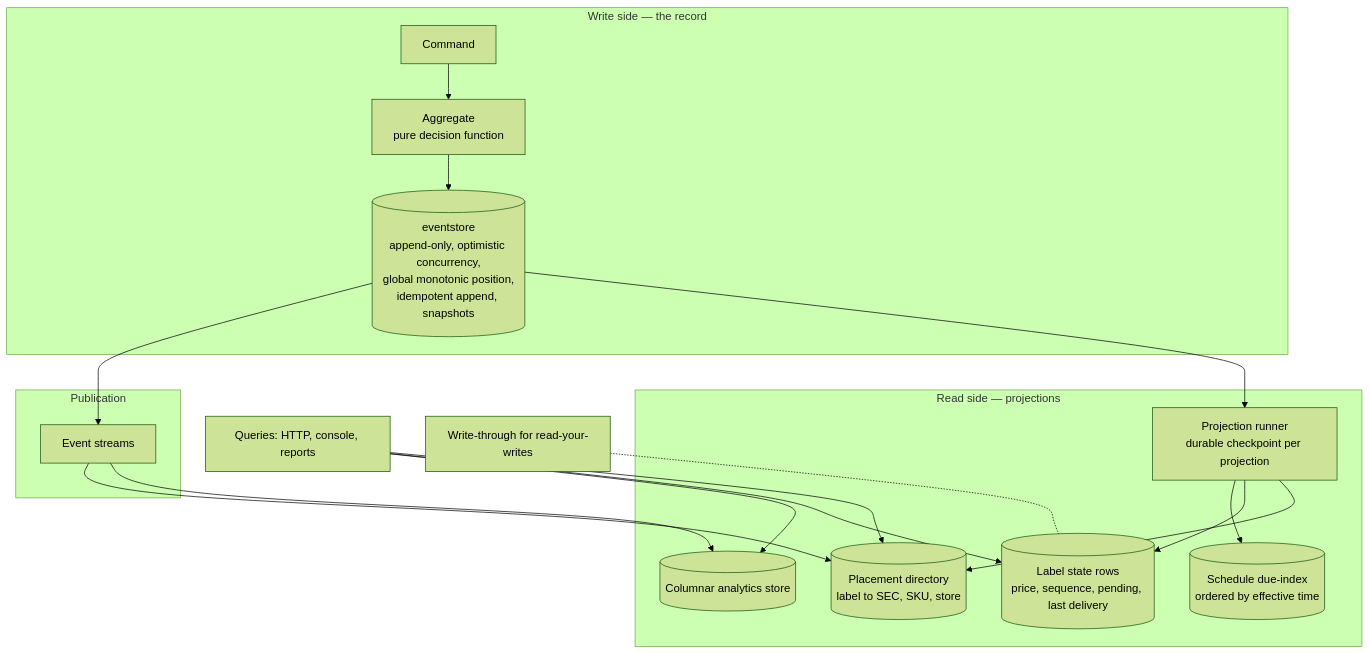
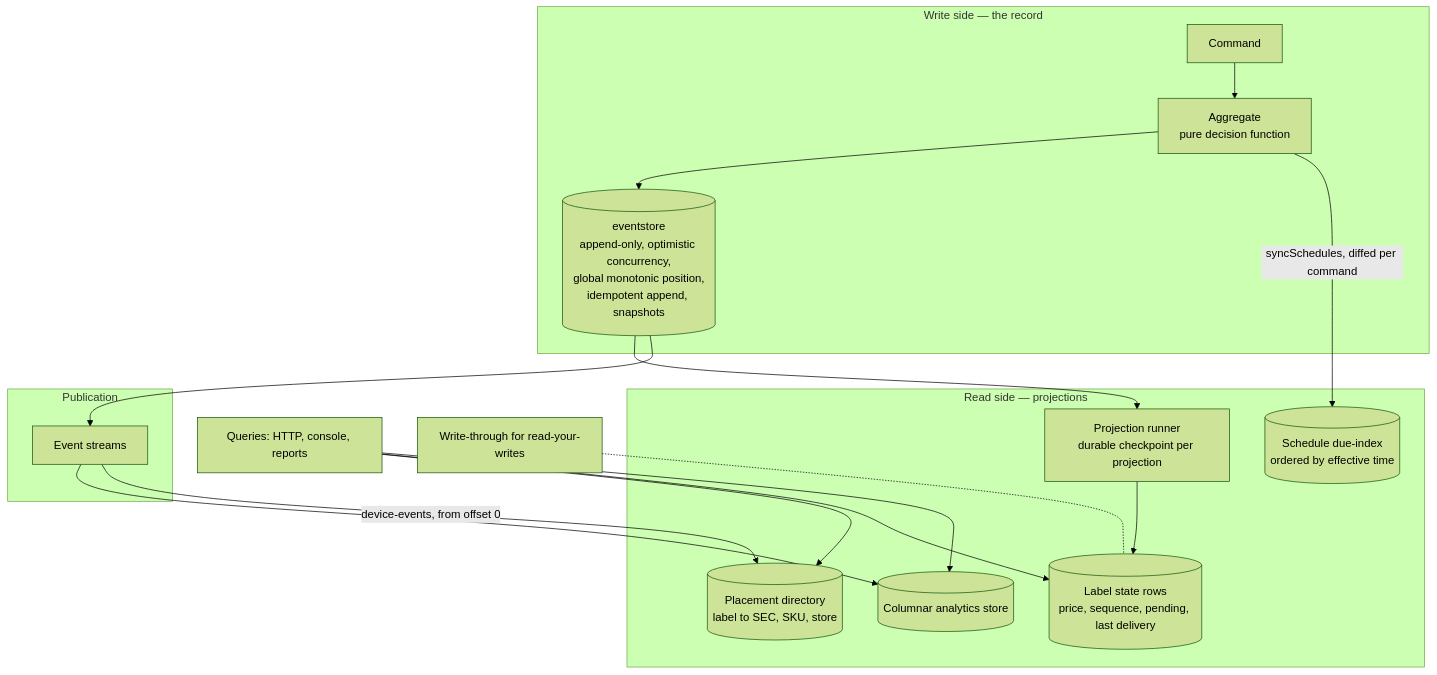
The second of 9 diagrams in docs/architecture/06-data-architecture.md (udaykishore-resu/usslp-platform), drawn with Mermaid (forest theme) before and after one commit. The commit also changed other lines of this file and 16 other files, not shown here.

First line of the commit message:
docs: add a diagram index, and audit every diagram against the code

````diff
--- a/docs/architecture/06-data-architecture.md
+++ b/docs/architecture/06-data-architecture.md
@@ -133,33 +128,33 @@
 ```mermaid
 flowchart TB
     subgraph write["Write side — the record"]
         cmd["Command"]
         agg["Aggregate<br/>pure decision function"]
         es[("eventstore<br/>append-only, optimistic concurrency,<br/>global monotonic position,<br/>idempotent append, snapshots")]
         cmd --> agg --> es
     end
 
     subgraph read["Read side — projections"]
         proj["Projection runner<br/>durable checkpoint per projection"]
         dir[("Placement directory<br/>label to SEC, SKU, store")]
         lstate[("Label state rows<br/>price, sequence, pending, last delivery")]
         sched[("Schedule due-index<br/>ordered by effective time")]
         col[("Columnar analytics store")]
         es --> proj
-        proj --> dir
         proj --> lstate
-        proj --> sched
     end
 
     subgraph pub["Publication"]
         streams["Event streams"]
         es --> streams
         streams --> col
-        streams --> dir
+        streams -->|"device-events, from offset 0"| dir
     end
+
+    agg -->|"syncSchedules, diffed per command"| sched
 
     api["Queries: HTTP, console, reports"] --> dir
     api --> lstate
     api --> col
     wt["Write-through for read-your-writes"] -.- lstate
 ```
````
